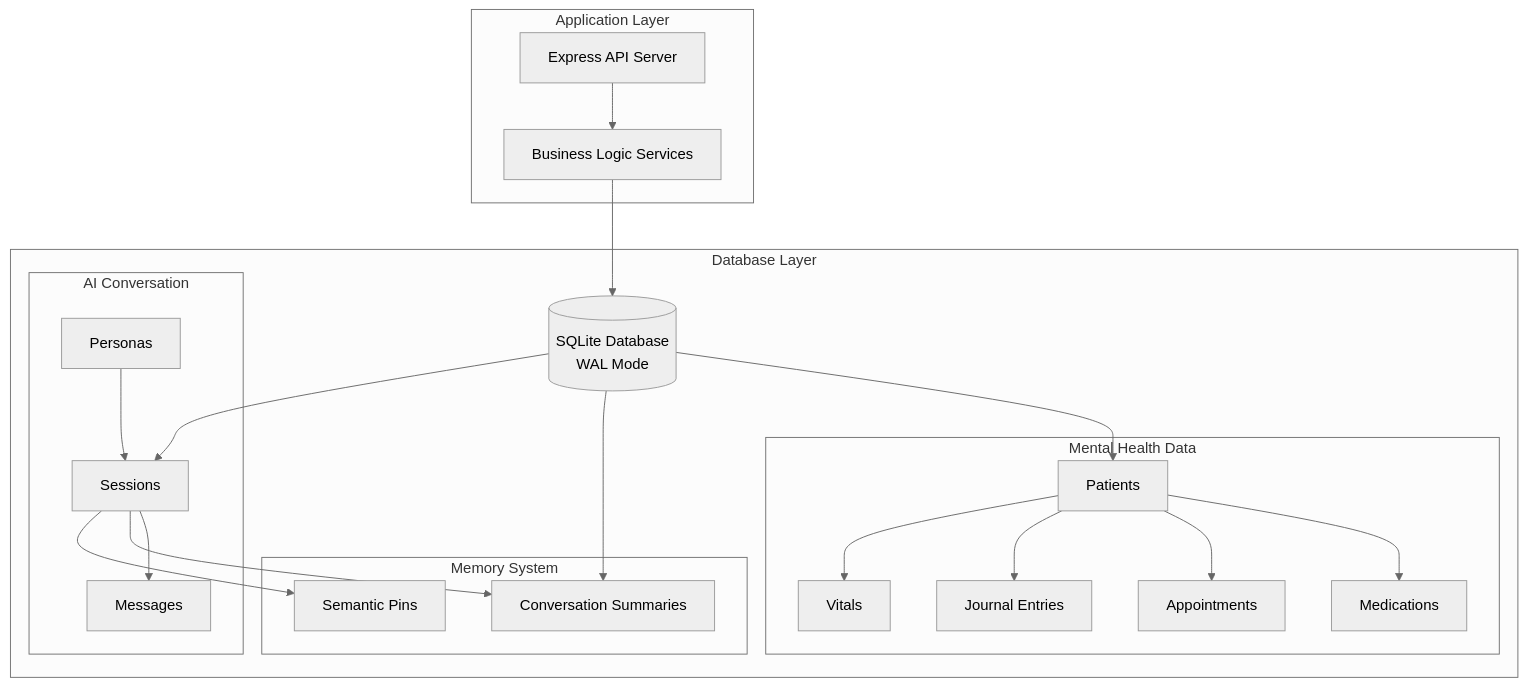
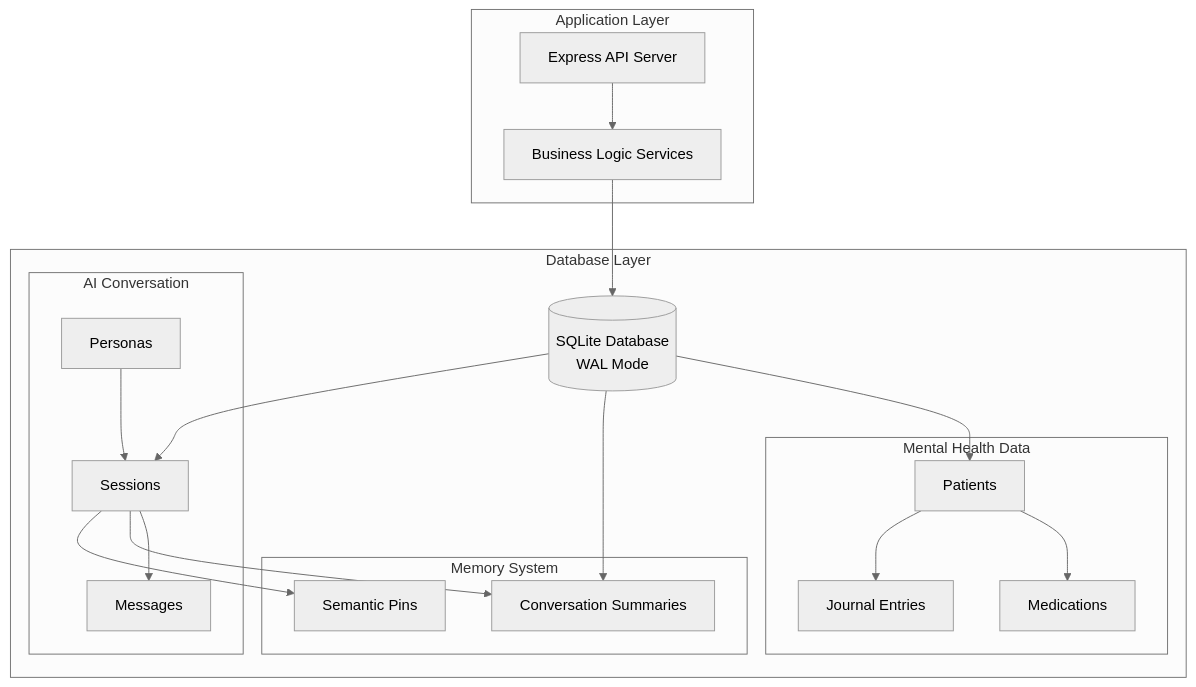
Before and after one commit to Kalito-Labs/Luna: the first of 2 diagrams in docs/db/02-DATABASE-ARCHITECTURE.md, drawn with Mermaid (neutral theme). The commit also changed other lines of this file and 6 other files, not shown here.

````diff
--- a/docs/db/02-DATABASE-ARCHITECTURE.md
+++ b/docs/db/02-DATABASE-ARCHITECTURE.md
@@ -11,45 +11,41 @@
 ```mermaid
 graph TB
     subgraph "Application Layer"
         API[Express API Server]
         Services[Business Logic Services]
     end
     
     subgraph "Database Layer"
         DB[(SQLite Database<br/>WAL Mode)]
         
         subgraph "Mental Health Data"
             Patients[Patients]
             Meds[Medications]
-            Appts[Appointments]
             Journal[Journal Entries]
-            Vitals[Vitals]
         end
         
         subgraph "AI Conversation"
             Sessions[Sessions]
             Messages[Messages]
             Personas[Personas]
         end
         
         subgraph "Memory System"
             Summaries[Conversation Summaries]
             Pins[Semantic Pins]
         end
     end
     
     API --> Services
     Services --> DB
     DB --> Patients
     DB --> Sessions
     DB --> Summaries
     
     Patients --> Meds
-    Patients --> Appts
     Patients --> Journal
-    Patients --> Vitals
     Sessions --> Messages
     Sessions --> Summaries
     Sessions --> Pins
     Personas --> Sessions
 ```
````
